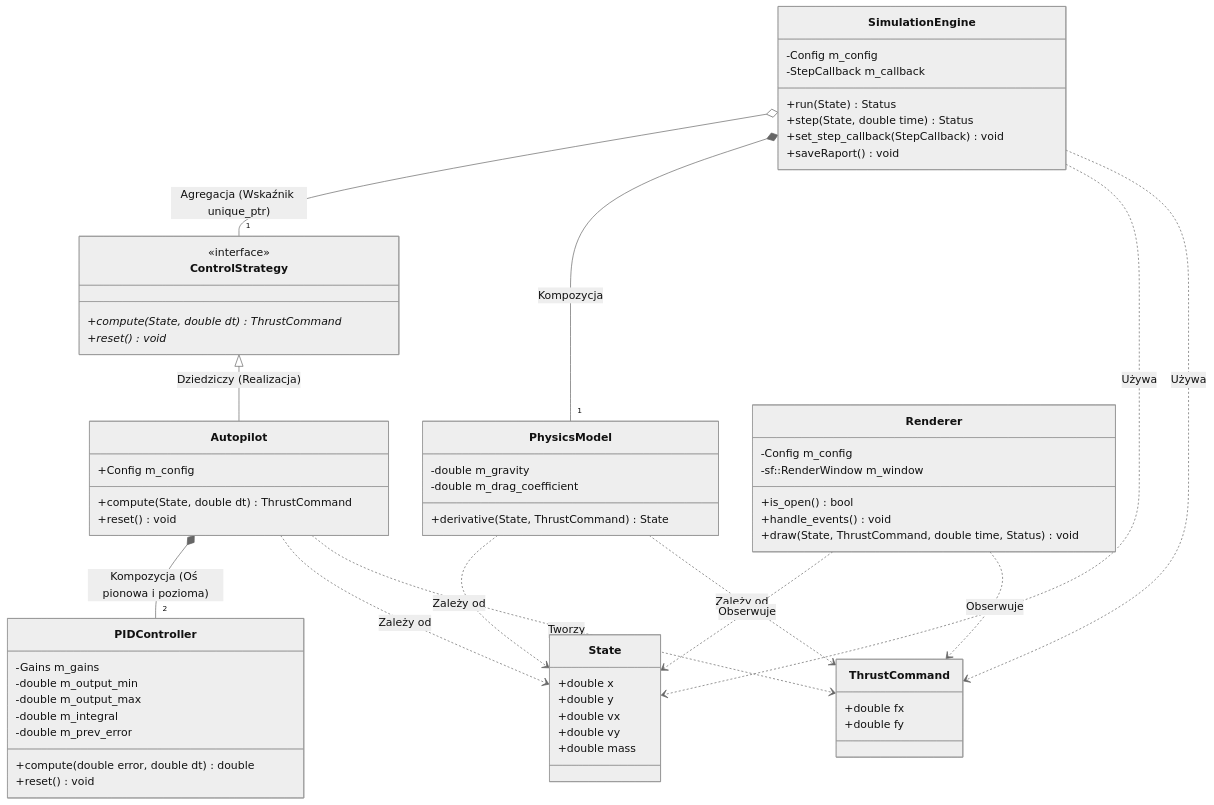
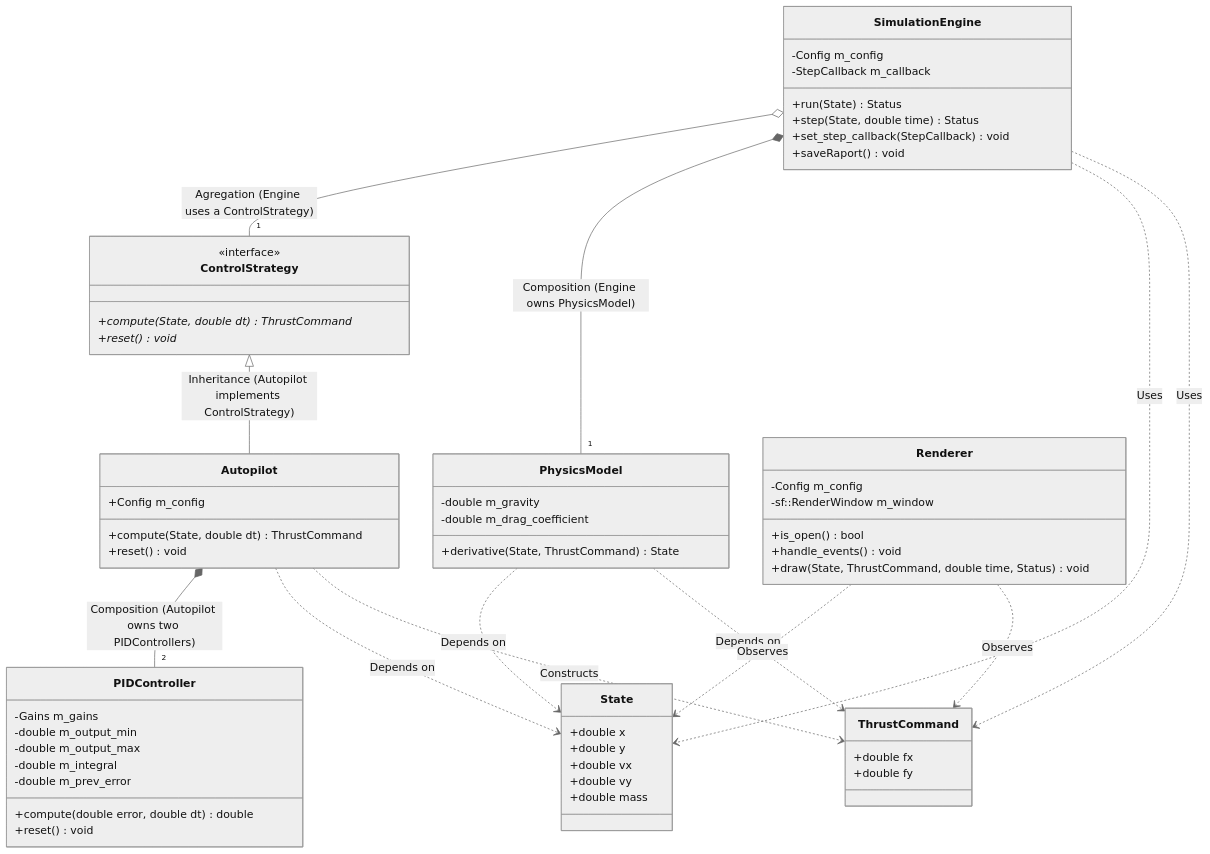
The diagram in README.md (BartoliniBartlomiej/Spacecraft-Autopilot), drawn with Mermaid (neutral theme) before and after one commit. The commit also changed other lines of this file, not shown here.

Commit message:
README UMLs updated

````diff
--- a/README.md
+++ b/README.md
@@ -45,6 +46,6 @@
 ```mermaid
 classDiagram
-    %% Struktury danych
+    %% Data Structures
     class State {
         +double x
         +double y
@@ -58,7 +59,7 @@
         +double fy
     }
 
-    %% Interfejsy i klasy kontroli
+    %% Interfaces and control classes
     class ControlStrategy {
         <<interface>>
         +compute(State, double dt)* ThrustCommand
@@ -81,7 +82,7 @@
         +reset() void
     }
 
-    %% Fizyka i Silnik
+    %% Physics and Engine
     class PhysicsModel {
         -double m_gravity
         -double m_drag_coefficient
@@ -97,7 +98,7 @@
         +saveRaport() void
     }
 
-    %% Wizualizacja
+    %% Visualization
     class Renderer {
         -Config m_config
         -sf::RenderWindow m_window
@@ -106,22 +107,22 @@
         +draw(State, ThrustCommand, double time, Status) void
     }
 
-    %% Relacje
-    ControlStrategy <|-- Autopilot : Dziedziczy (Realizacja)
-    Autopilot *-- "2" PIDController : Kompozycja (Oś pionowa i pozioma)
+    %% Relationships
+    ControlStrategy <|-- Autopilot : Inheritance (Autopilot implements ControlStrategy)
+    Autopilot *-- "2" PIDController : Composition (Autopilot owns two PIDControllers)
     
-    SimulationEngine o-- "1" ControlStrategy : Agregacja (Wskaźnik unique_ptr)
-    SimulationEngine *-- "1" PhysicsModel : Kompozycja
+    SimulationEngine o-- "1" ControlStrategy : Agregation (Engine uses a ControlStrategy)
+    SimulationEngine *-- "1" PhysicsModel : Composition (Engine owns PhysicsModel)
     
-    SimulationEngine ..> State : Używa
-    SimulationEngine ..> ThrustCommand : Używa
+    SimulationEngine ..> State : Uses
+    SimulationEngine ..> ThrustCommand : Uses
     
-    Autopilot ..> State : Zależy od
-    Autopilot ..> ThrustCommand : Tworzy
+    Autopilot ..> State : Depends on
+    Autopilot ..> ThrustCommand : Constructs
     
-    PhysicsModel ..> State : Zależy od
-    PhysicsModel ..> ThrustCommand : Zależy od
+    PhysicsModel ..> State : Depends on
+    PhysicsModel ..> ThrustCommand : Depends on
     
-    Renderer ..> State : Obserwuje
-    Renderer ..> ThrustCommand : Obserwuje
+    Renderer ..> State : Observes
+    Renderer ..> ThrustCommand : Observes
 ```
````
